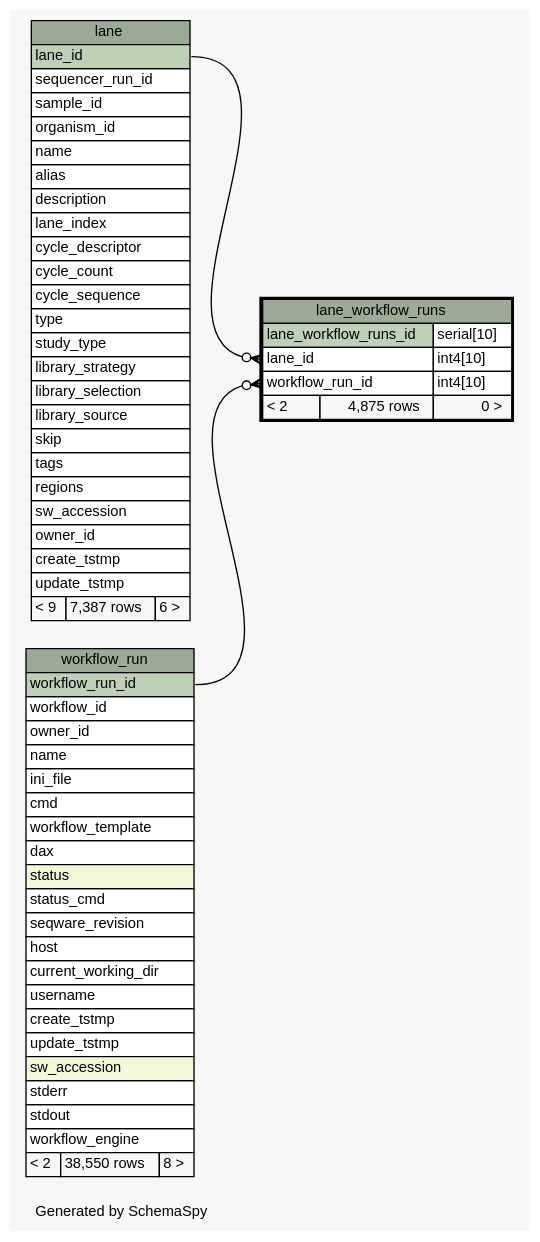
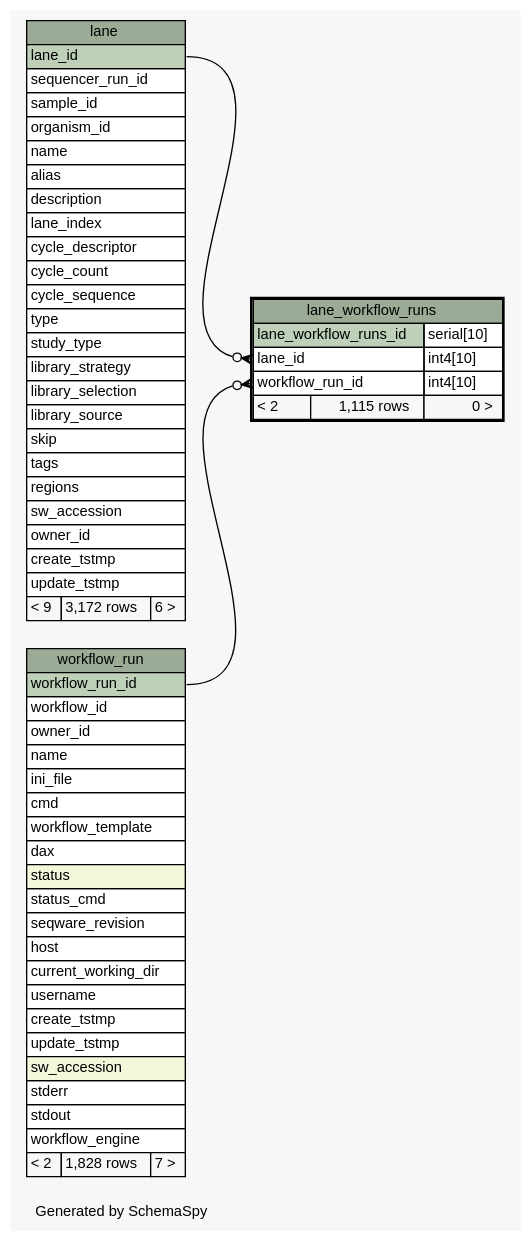
The diagram in metadb-schema/diagrams/lane_workflow_runs.1degree.dot (SeqWare/seqware.github.com), drawn with Graphviz before and after one commit. The commit also changed 376 other files, not shown here.

```diff
--- a/metadb-schema/diagrams/lane_workflow_runs.1degree.dot
+++ b/metadb-schema/diagrams/lane_workflow_runs.1degree.dot
@@ -1,97 +1,97 @@
-// dot 2.26.3 on Linux 3.5.0-47-generic
+// dot 2.32.0 on Mac OS X 10.8.3
 // SchemaSpy rev 590
 digraph "oneDegreeRelationshipsDiagram" {
   graph [
     rankdir="RL"
     bgcolor="#f7f7f7"
     label="\nGenerated by SchemaSpy"
     labeljust="l"
     nodesep="0.18"
     ranksep="0.46"
     fontname="Helvetica"
     fontsize="11"
   ];
   node [
     fontname="Helvetica"
     fontsize="11"
     shape="plaintext"
   ];
   edge [
     arrowsize="0.8"
   ];
   "lane_workflow_runs":"lane_id":w -> "lane":"lane_id":e [arrowhead=none dir=back arrowtail=crowodot];
   "lane_workflow_runs":"workflow_run_id":w -> "workflow_run":"workflow_run_id":e [arrowhead=none dir=back arrowtail=crowodot];
   "lane" [
     label=<
     <TABLE BORDER="0" CELLBORDER="1" CELLSPACING="0" BGCOLOR="#ffffff">
       <TR><TD COLSPAN="3" BGCOLOR="#9bab96" ALIGN="CENTER">lane</TD></TR>
       <TR><TD PORT="lane_id" COLSPAN="3" BGCOLOR="#bed1b8" ALIGN="LEFT">lane_id</TD></TR>
       <TR><TD PORT="sequencer_run_id" COLSPAN="3" ALIGN="LEFT">sequencer_run_id</TD></TR>
       <TR><TD PORT="sample_id" COLSPAN="3" ALIGN="LEFT">sample_id</TD></TR>
       <TR><TD PORT="organism_id" COLSPAN="3" ALIGN="LEFT">organism_id</TD></TR>
       <TR><TD PORT="name" COLSPAN="3" ALIGN="LEFT">name</TD></TR>
       <TR><TD PORT="alias" COLSPAN="3" ALIGN="LEFT">alias</TD></TR>
       <TR><TD PORT="description" COLSPAN="3" ALIGN="LEFT">description</TD></TR>
       <TR><TD PORT="lane_index" COLSPAN="3" ALIGN="LEFT">lane_index</TD></TR>
       <TR><TD PORT="cycle_descriptor" COLSPAN="3" ALIGN="LEFT">cycle_descriptor</TD></TR>
       <TR><TD PORT="cycle_count" COLSPAN="3" ALIGN="LEFT">cycle_count</TD></TR>
       <TR><TD PORT="cycle_sequence" COLSPAN="3" ALIGN="LEFT">cycle_sequence</TD></TR>
       <TR><TD PORT="type" COLSPAN="3" ALIGN="LEFT">type</TD></TR>
       <TR><TD PORT="study_type" COLSPAN="3" ALIGN="LEFT">study_type</TD></TR>
       <TR><TD PORT="library_strategy" COLSPAN="3" ALIGN="LEFT">library_strategy</TD></TR>
       <TR><TD PORT="library_selection" COLSPAN="3" ALIGN="LEFT">library_selection</TD></TR>
       <TR><TD PORT="library_source" COLSPAN="3" ALIGN="LEFT">library_source</TD></TR>
       <TR><TD PORT="skip" COLSPAN="3" ALIGN="LEFT">skip</TD></TR>
       <TR><TD PORT="tags" COLSPAN="3" ALIGN="LEFT">tags</TD></TR>
       <TR><TD PORT="regions" COLSPAN="3" ALIGN="LEFT">regions</TD></TR>
       <TR><TD PORT="sw_accession" COLSPAN="3" ALIGN="LEFT">sw_accession</TD></TR>
       <TR><TD PORT="owner_id" COLSPAN="3" ALIGN="LEFT">owner_id</TD></TR>
       <TR><TD PORT="create_tstmp" COLSPAN="3" ALIGN="LEFT">create_tstmp</TD></TR>
       <TR><TD PORT="update_tstmp" COLSPAN="3" ALIGN="LEFT">update_tstmp</TD></TR>
-      <TR><TD ALIGN="LEFT" BGCOLOR="#f7f7f7">&lt; 9</TD><TD ALIGN="RIGHT" BGCOLOR="#f7f7f7">7,387 rows</TD><TD ALIGN="RIGHT" BGCOLOR="#f7f7f7">6 &gt;</TD></TR>
+      <TR><TD ALIGN="LEFT" BGCOLOR="#f7f7f7">&lt; 9</TD><TD ALIGN="RIGHT" BGCOLOR="#f7f7f7">3,172 rows</TD><TD ALIGN="RIGHT" BGCOLOR="#f7f7f7">6 &gt;</TD></TR>
     </TABLE>>
     URL="lane.html"
     tooltip="lane"
   ];
   "lane_workflow_runs" [
     label=<
     <TABLE BORDER="2" CELLBORDER="1" CELLSPACING="0" BGCOLOR="#ffffff">
       <TR><TD COLSPAN="3" BGCOLOR="#9bab96" ALIGN="CENTER">lane_workflow_runs</TD></TR>
       <TR><TD PORT="lane_workflow_runs_id" COLSPAN="2" BGCOLOR="#bed1b8" ALIGN="LEFT">lane_workflow_runs_id</TD><TD PORT="lane_workflow_runs_id.type" ALIGN="LEFT">serial[10]</TD></TR>
       <TR><TD PORT="lane_id" COLSPAN="2" ALIGN="LEFT">lane_id</TD><TD PORT="lane_id.type" ALIGN="LEFT">int4[10]</TD></TR>
       <TR><TD PORT="workflow_run_id" COLSPAN="2" ALIGN="LEFT">workflow_run_id</TD><TD PORT="workflow_run_id.type" ALIGN="LEFT">int4[10]</TD></TR>
-      <TR><TD ALIGN="LEFT" BGCOLOR="#f7f7f7">&lt; 2</TD><TD ALIGN="RIGHT" BGCOLOR="#f7f7f7">4,875 rows</TD><TD ALIGN="RIGHT" BGCOLOR="#f7f7f7">0 &gt;</TD></TR>
+      <TR><TD ALIGN="LEFT" BGCOLOR="#f7f7f7">&lt; 2</TD><TD ALIGN="RIGHT" BGCOLOR="#f7f7f7">1,115 rows</TD><TD ALIGN="RIGHT" BGCOLOR="#f7f7f7">0 &gt;</TD></TR>
     </TABLE>>
     URL="lane_workflow_runs.html"
     tooltip="lane_workflow_runs"
   ];
   "workflow_run" [
     label=<
     <TABLE BORDER="0" CELLBORDER="1" CELLSPACING="0" BGCOLOR="#ffffff">
       <TR><TD COLSPAN="3" BGCOLOR="#9bab96" ALIGN="CENTER">workflow_run</TD></TR>
       <TR><TD PORT="workflow_run_id" COLSPAN="3" BGCOLOR="#bed1b8" ALIGN="LEFT">workflow_run_id</TD></TR>
       <TR><TD PORT="workflow_id" COLSPAN="3" ALIGN="LEFT">workflow_id</TD></TR>
       <TR><TD PORT="owner_id" COLSPAN="3" ALIGN="LEFT">owner_id</TD></TR>
       <TR><TD PORT="name" COLSPAN="3" ALIGN="LEFT">name</TD></TR>
       <TR><TD PORT="ini_file" COLSPAN="3" ALIGN="LEFT">ini_file</TD></TR>
       <TR><TD PORT="cmd" COLSPAN="3" ALIGN="LEFT">cmd</TD></TR>
       <TR><TD PORT="workflow_template" COLSPAN="3" ALIGN="LEFT">workflow_template</TD></TR>
       <TR><TD PORT="dax" COLSPAN="3" ALIGN="LEFT">dax</TD></TR>
       <TR><TD PORT="status" COLSPAN="3" BGCOLOR="#f4f7da" ALIGN="LEFT">status</TD></TR>
       <TR><TD PORT="status_cmd" COLSPAN="3" ALIGN="LEFT">status_cmd</TD></TR>
       <TR><TD PORT="seqware_revision" COLSPAN="3" ALIGN="LEFT">seqware_revision</TD></TR>
       <TR><TD PORT="host" COLSPAN="3" ALIGN="LEFT">host</TD></TR>
       <TR><TD PORT="current_working_dir" COLSPAN="3" ALIGN="LEFT">current_working_dir</TD></TR>
       <TR><TD PORT="username" COLSPAN="3" ALIGN="LEFT">username</TD></TR>
       <TR><TD PORT="create_tstmp" COLSPAN="3" ALIGN="LEFT">create_tstmp</TD></TR>
       <TR><TD PORT="update_tstmp" COLSPAN="3" ALIGN="LEFT">update_tstmp</TD></TR>
       <TR><TD PORT="sw_accession" COLSPAN="3" BGCOLOR="#f4f7da" ALIGN="LEFT">sw_accession</TD></TR>
       <TR><TD PORT="stderr" COLSPAN="3" ALIGN="LEFT">stderr</TD></TR>
       <TR><TD PORT="stdout" COLSPAN="3" ALIGN="LEFT">stdout</TD></TR>
       <TR><TD PORT="workflow_engine" COLSPAN="3" ALIGN="LEFT">workflow_engine</TD></TR>
-      <TR><TD ALIGN="LEFT" BGCOLOR="#f7f7f7">&lt; 2</TD><TD ALIGN="RIGHT" BGCOLOR="#f7f7f7">38,550 rows</TD><TD ALIGN="RIGHT" BGCOLOR="#f7f7f7">8 &gt;</TD></TR>
+      <TR><TD ALIGN="LEFT" BGCOLOR="#f7f7f7">&lt; 2</TD><TD ALIGN="RIGHT" BGCOLOR="#f7f7f7">1,828 rows</TD><TD ALIGN="RIGHT" BGCOLOR="#f7f7f7">7 &gt;</TD></TR>
     </TABLE>>
     URL="workflow_run.html"
     tooltip="workflow_run"
   ];
 }
```
